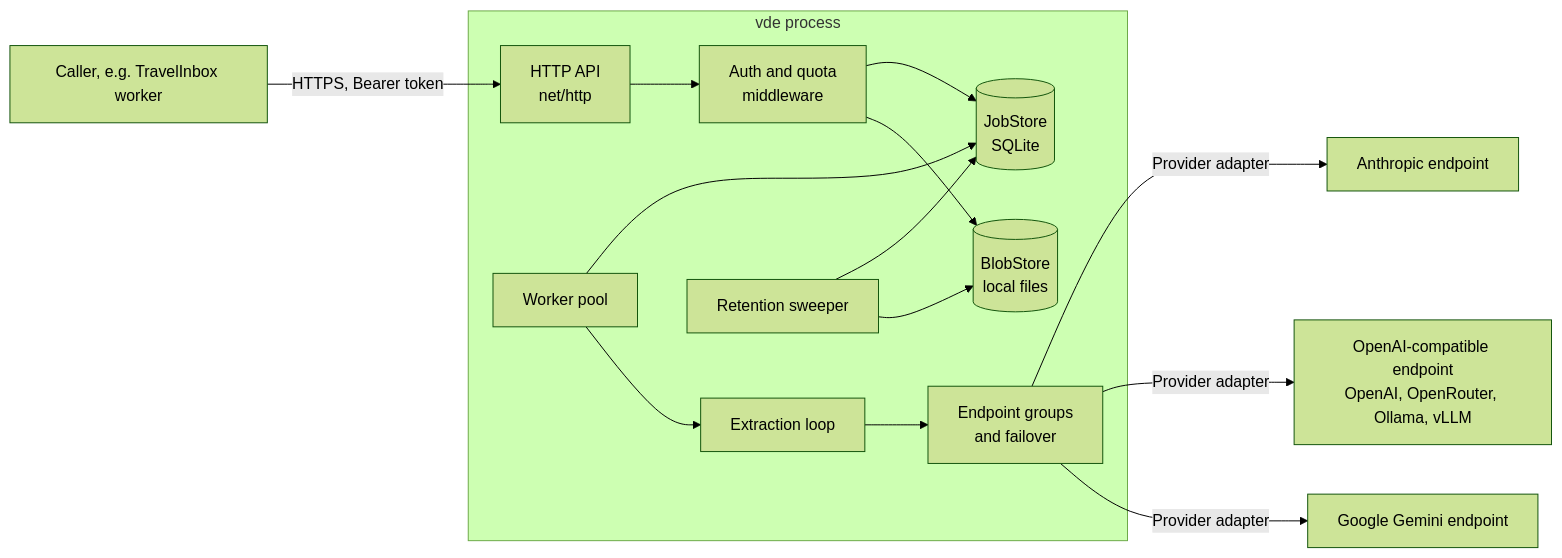
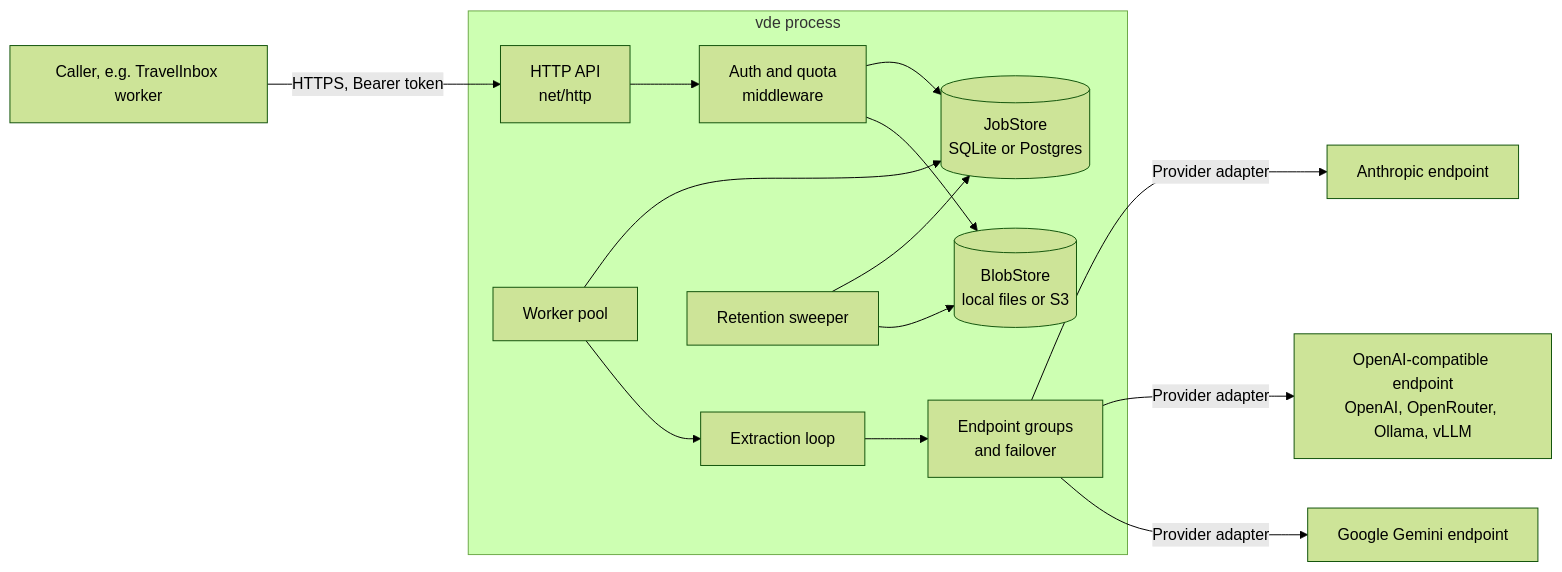
One commit to KaanEmec/vde changed the diagram in docs/architecture/overview.md. Above: the diagram before and after it, drawn with Mermaid (forest theme). The commit also changed other lines of this file and 7 other files, not shown here.

Commit message:
docs: v0.3 closeout — CHANGELOG 0.3.0, README, architecture overview, ADR 0007 storage drivers and process roles, ADR 0008 judge quality measurement, roadmap status

````diff
--- a/docs/architecture/overview.md
+++ b/docs/architecture/overview.md
@@ -47,25 +47,25 @@
 ```mermaid
 flowchart LR
     Client[Caller, e.g. TravelInbox worker] -->|HTTPS, Bearer token| API
 
     subgraph vde["vde process"]
         API[HTTP API<br/>net/http]
         Auth[Auth and quota<br/>middleware]
-        Store[(JobStore<br/>SQLite)]
-        Blobs[(BlobStore<br/>local files)]
+        Store[(JobStore<br/>SQLite or Postgres)]
+        Blobs[(BlobStore<br/>local files or S3)]
         Worker[Worker pool]
         Loop[Extraction loop]
         Router[Endpoint groups<br/>and failover]
         Sweeper[Retention sweeper]
         API --> Auth --> Store
         Auth --> Blobs
         Worker --> Store
         Worker --> Loop --> Router
         Sweeper --> Store
         Sweeper --> Blobs
     end
 
     Router -->|Provider adapter| P1[Anthropic endpoint]
     Router -->|Provider adapter| P2[OpenAI-compatible endpoint<br/>OpenAI, OpenRouter, Ollama, vLLM]
     Router -->|Provider adapter| P3[Google Gemini endpoint]
 ```
````
